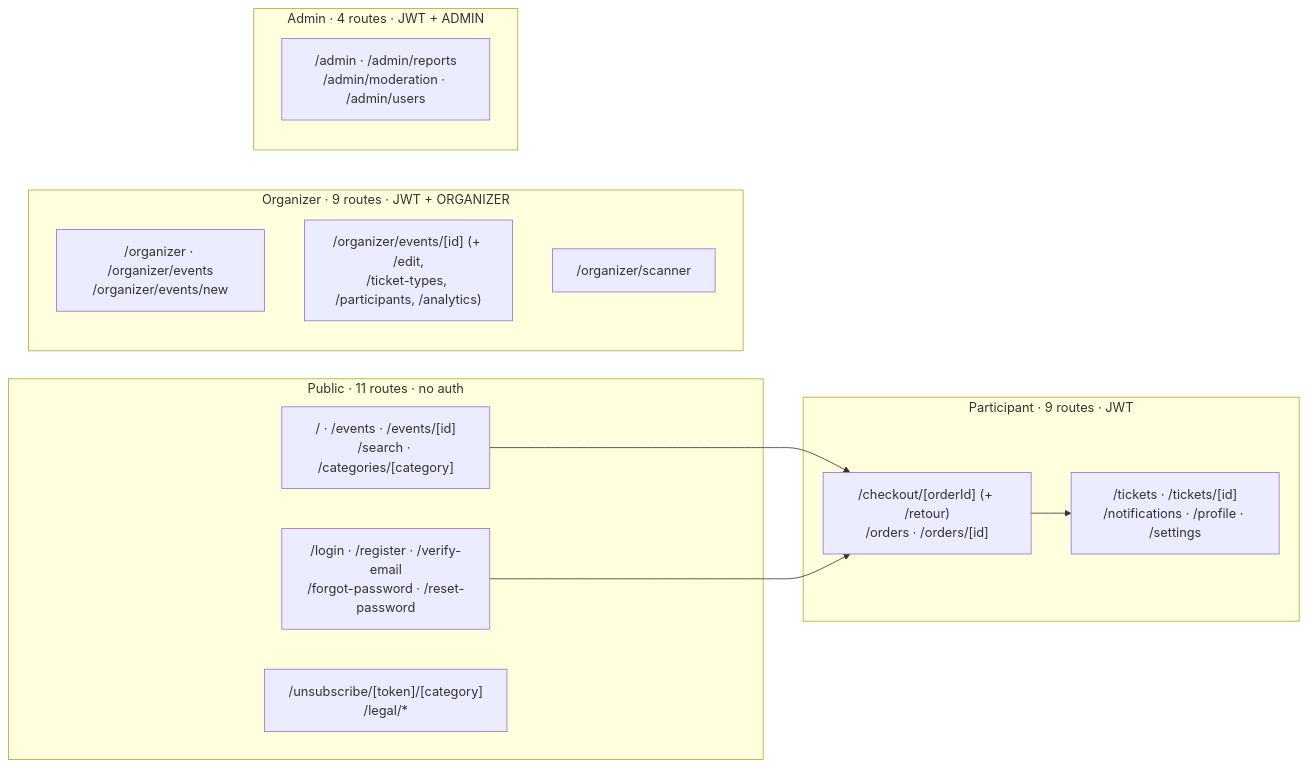
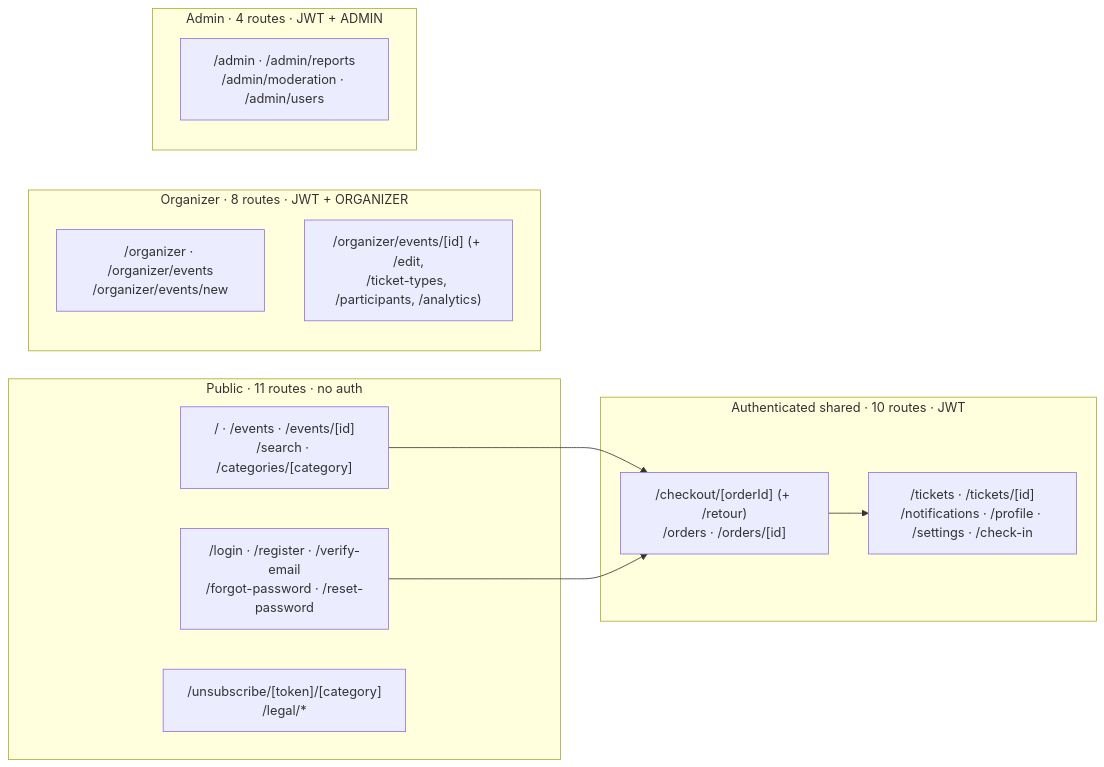
One commit to IhebRjeb/Tickr changed the first of 3 diagrams in docs/08-frontend/06-feature-inventory.md. Above: the diagram before and after it, drawn with Mermaid. The commit also changed other lines of this file and 105 other files, not shown here.

````diff
--- a/docs/08-frontend/06-feature-inventory.md
+++ b/docs/08-frontend/06-feature-inventory.md
@@ -100,23 +100,22 @@
 ```mermaid
 flowchart LR
   subgraph PUB["Public · 11 routes · no auth"]
     A["/ · /events · /events/[id]<br/>/search · /categories/[category]"]
     B["/login · /register · /verify-email<br/>/forgot-password · /reset-password"]
     C["/unsubscribe/[token]/[category]<br/>/legal/*"]
   end
-  subgraph PAR["Participant · 9 routes · JWT"]
+  subgraph PAR["Authenticated shared · 10 routes · JWT"]
     D["/checkout/[orderId] (+ /retour)<br/>/orders · /orders/[id]"]
-    E["/tickets · /tickets/[id]<br/>/notifications · /profile · /settings"]
+    E["/tickets · /tickets/[id]<br/>/notifications · /profile · /settings · /check-in"]
   end
-  subgraph ORG["Organizer · 9 routes · JWT + ORGANIZER"]
+  subgraph ORG["Organizer · 8 routes · JWT + ORGANIZER"]
     F["/organizer · /organizer/events<br/>/organizer/events/new"]
     G["/organizer/events/[id] (+ /edit,<br/>/ticket-types, /participants, /analytics)"]
-    H["/organizer/scanner"]
   end
   subgraph ADM["Admin · 4 routes · JWT + ADMIN"]
     I["/admin · /admin/reports<br/>/admin/moderation · /admin/users"]
   end
   A --> D
   B --> D
   D --> E
 ```
````
